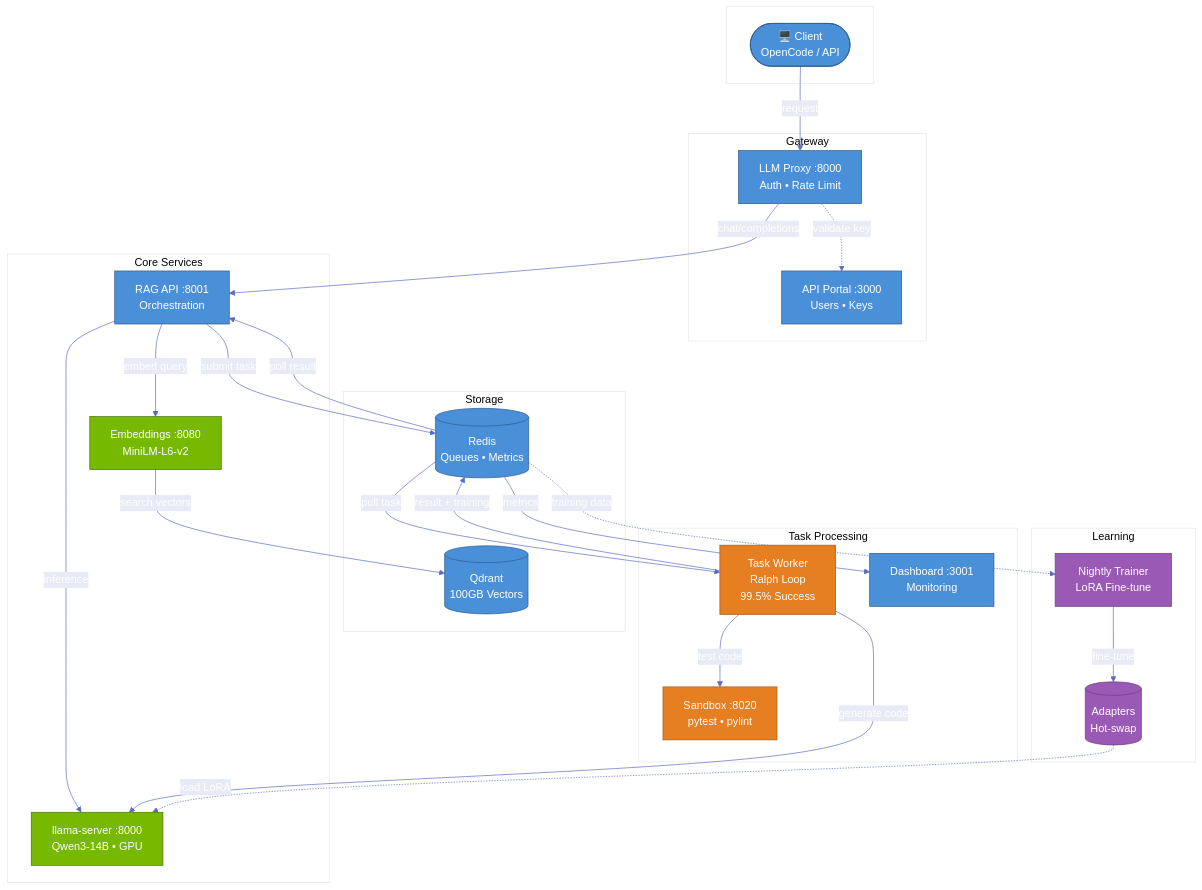
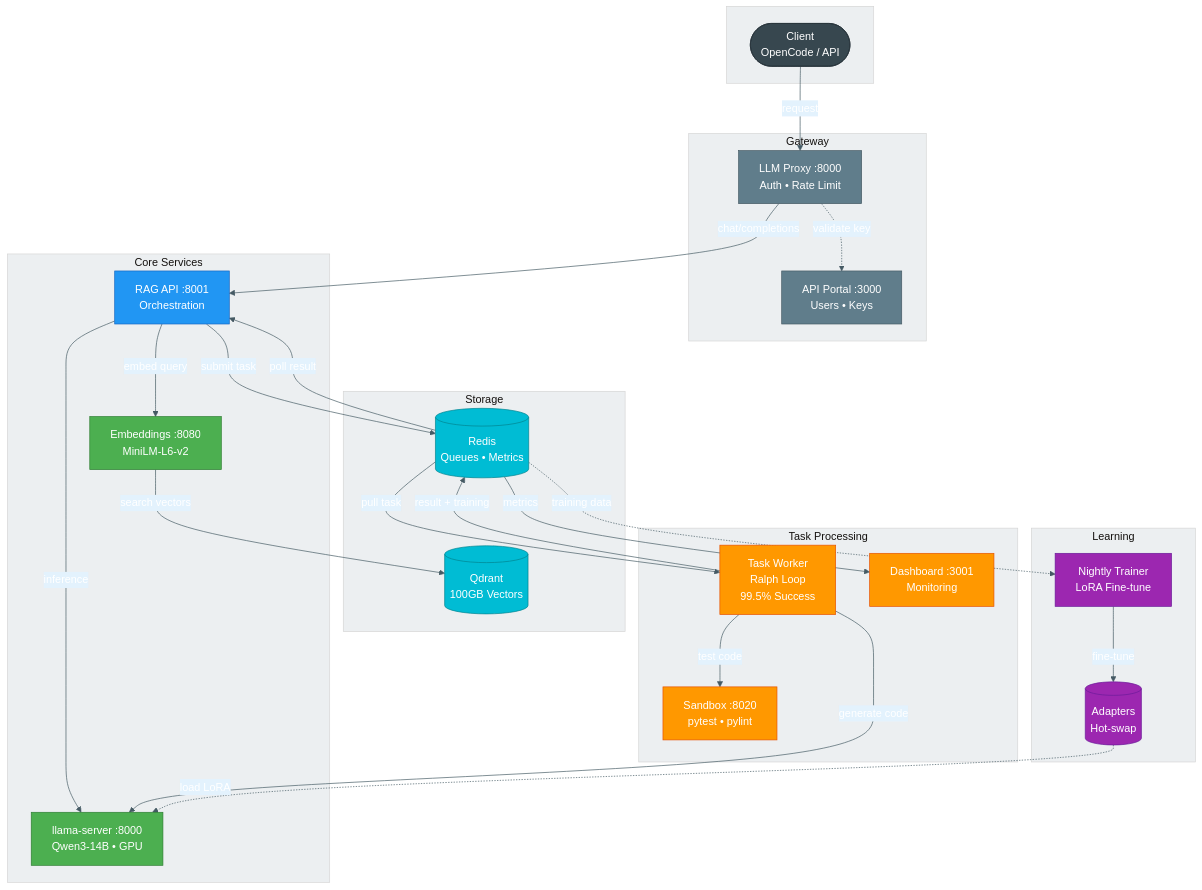
One commit to itigges22/ATLAS changed the diagram in README.md. Above: the diagram before and after it, drawn with Mermaid.

Commit message:
docs: Fix architecture diagram - add llama-server, improve accessibility
- Add missing llama-server component (Qwen3-14B GPU inference)
- Fix connections: RAG API and Task Worker → llama-server
- Fix Sandbox arrow direction (receives test requests, doesn't generate)
- Add Adapters → llama-server LoRA loading connection
- Fix WCAG accessibility: add fill colors to all nodes
- Ensure all labels and text have sufficient contrast

````diff
--- a/README.md
+++ b/README.md
@@ -38,53 +38,59 @@
 ```mermaid
-%%{init: {'theme': 'base', 'themeVariables': { 'primaryColor': '#4A90D9', 'primaryTextColor': '#fff', 'primaryBorderColor': '#2E5A8B', 'lineColor': '#5C6BC0', 'secondaryColor': '#E8EAF6', 'tertiaryColor': '#fff'}}}%%
+%%{init: {'theme': 'base', 'themeVariables': { 'primaryColor': '#2196F3', 'primaryTextColor': '#fff', 'primaryBorderColor': '#1565C0', 'lineColor': '#455A64', 'secondaryColor': '#E3F2FD', 'tertiaryColor': '#ECEFF1'}}}%%
 flowchart TB
     subgraph external[" "]
-        client(["🖥️ Client<br/>OpenCode / API"])
+        client(["Client<br/>OpenCode / API"])
     end
     subgraph gateway["Gateway"]
         proxy["LLM Proxy :8000<br/>Auth • Rate Limit"]
         portal["API Portal :3000<br/>Users • Keys"]
     end
     subgraph core["Core Services"]
         rag["RAG API :8001<br/>Orchestration"]
         llama["llama-server :8000<br/>Qwen3-14B • GPU"]
         embed["Embeddings :8080<br/>MiniLM-L6-v2"]
     end
     subgraph data["Storage"]
         qdrant[("Qdrant<br/>100GB Vectors")]
         redis[("Redis<br/>Queues • Metrics")]
     end
     subgraph atlas["Task Processing"]
         worker["Task Worker<br/>Ralph Loop<br/>99.5% Success"]
         sandbox["Sandbox :8020<br/>pytest • pylint"]
         dash["Dashboard :3001<br/>Monitoring"]
     end
     subgraph learn["Learning"]
         trainer["Nightly Trainer<br/>LoRA Fine-tune"]
         lora[("Adapters<br/>Hot-swap")]
     end
     client -->|"request"| proxy
     proxy -.->|"validate key"| portal
     proxy -->|"chat/completions"| rag
     rag -->|"inference"| llama
     rag -->|"embed query"| embed
     embed -->|"search vectors"| qdrant
     rag -->|"submit task"| redis
     redis -->|"poll result"| rag
     redis -->|"pull task"| worker
     worker -->|"test code"| sandbox
     worker -->|"generate code"| llama
     worker -->|"result + training"| redis
     redis -->|"metrics"| dash
     redis -.->|"training data"| trainer
     trainer -->|"fine-tune"| lora
     lora -.->|"load LoRA"| llama
-    classDef gpu fill:#76B900,stroke:#4a7200,color:#fff
-    classDef storage fill:#4A90D9,stroke:#2E5A8B,color:#fff
-    classDef process fill:#E67E22,stroke:#a85a16,color:#fff
-    classDef learn fill:#9B59B6,stroke:#6c3d80,color:#fff
+    classDef client fill:#37474F,stroke:#263238,color:#fff
+    classDef gateway fill:#607D8B,stroke:#455A64,color:#fff
+    classDef core fill:#2196F3,stroke:#1565C0,color:#fff
+    classDef gpu fill:#4CAF50,stroke:#2E7D32,color:#fff
+    classDef storage fill:#00BCD4,stroke:#00838F,color:#fff
+    classDef process fill:#FF9800,stroke:#E65100,color:#fff
+    classDef learn fill:#9C27B0,stroke:#6A1B9A,color:#fff
+    class client client
+    class proxy,portal gateway
+    class rag core
     class llama,embed gpu
     class qdrant,redis storage
-    class worker,sandbox process
+    class worker,sandbox,dash process
     class trainer,lora learn
 ```
````
